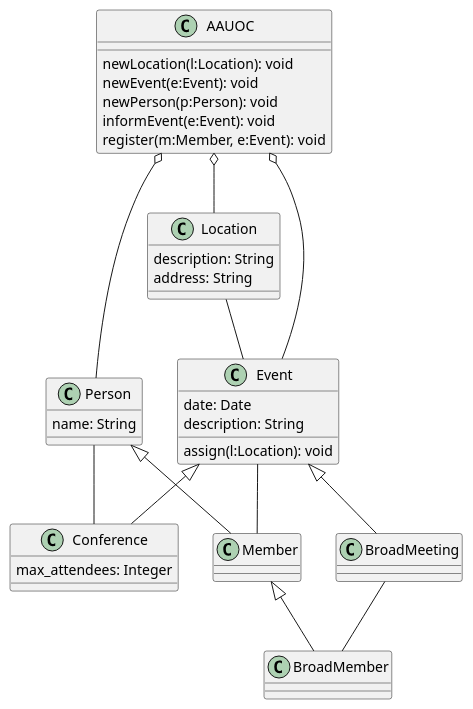
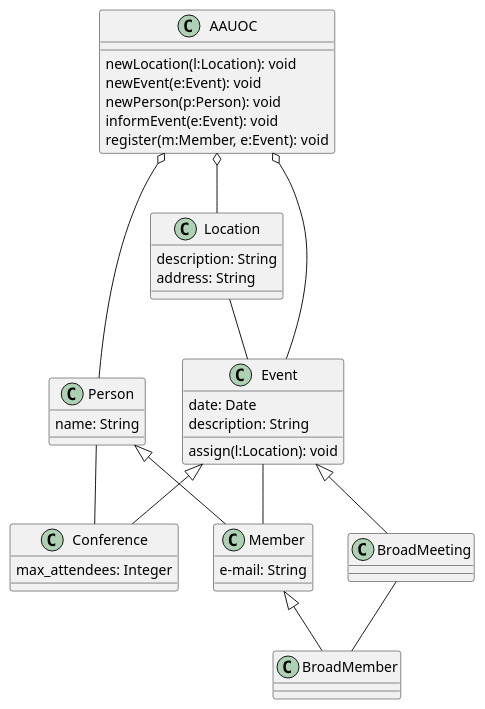
The diagram in P11_Diagrama_UML.puml (sandrasd89/UMLClasesSandra), drawn with PlantUML before and after one commit.

Commit message:
se ha añadido atributo a member

```diff
--- a/P11_Diagrama_UML.puml
+++ b/P11_Diagrama_UML.puml
@@ -1,55 +1,56 @@
 @startuml
 
 class AAUOC {
     newLocation(l:Location): void
     newEvent(e:Event): void
     newPerson(p:Person): void
     informEvent(e:Event): void
     register(m:Member, e:Event): void
 
 }
 class Location {
     description: String
     address: String
 
 }
 class Event{
     date: Date
     description: String
     assign(l:Location): void
 
 }
 class Conference {
     max_attendees: Integer
 
 }
 class BroadMeeting{
 }
 
 class Person {
     name: String
 
 }
 class Member{
+    e-mail: String
 
 }
 
 class BroadMember {
 
 }
 
 AAUOC o-- Event
 AAUOC o-- Location
 AAUOC o-- Person
 Location -- Event
 Event <|-- Conference
 Event <|-- BroadMeeting
 Person <|-- Member
 Member <|-- BroadMember
 Event -- Member
 Person -- Conference
 BroadMeeting -- BroadMember
 
 
 
 @enduml
```
